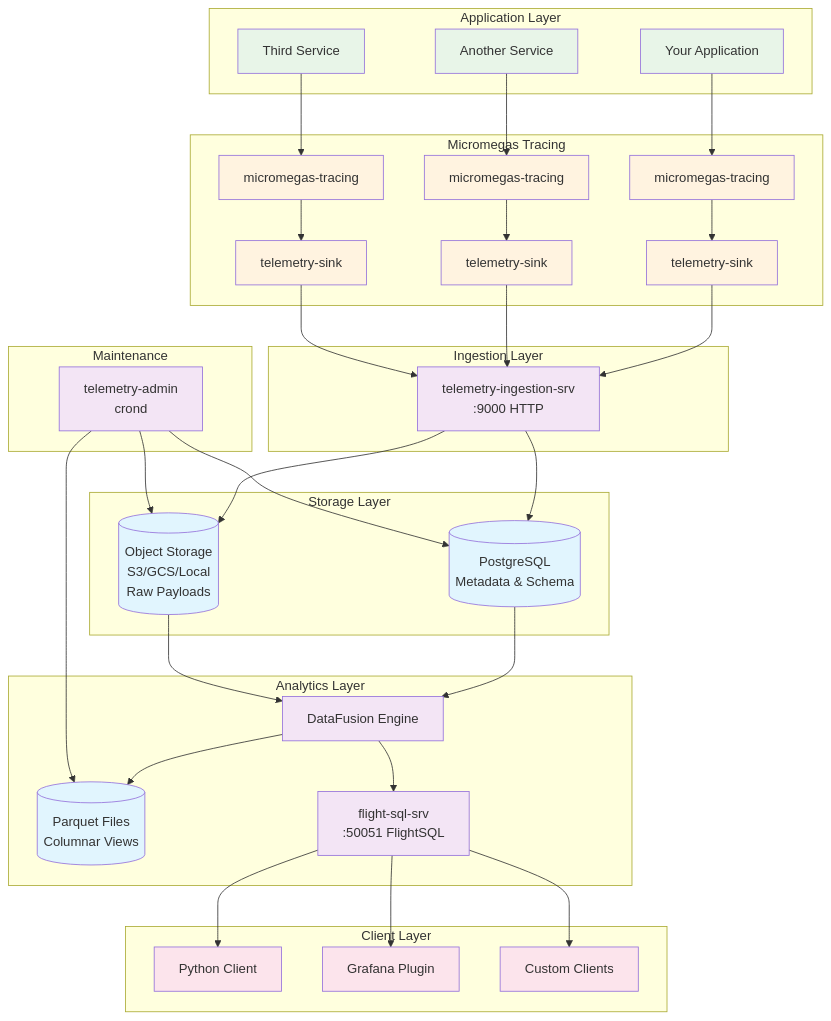
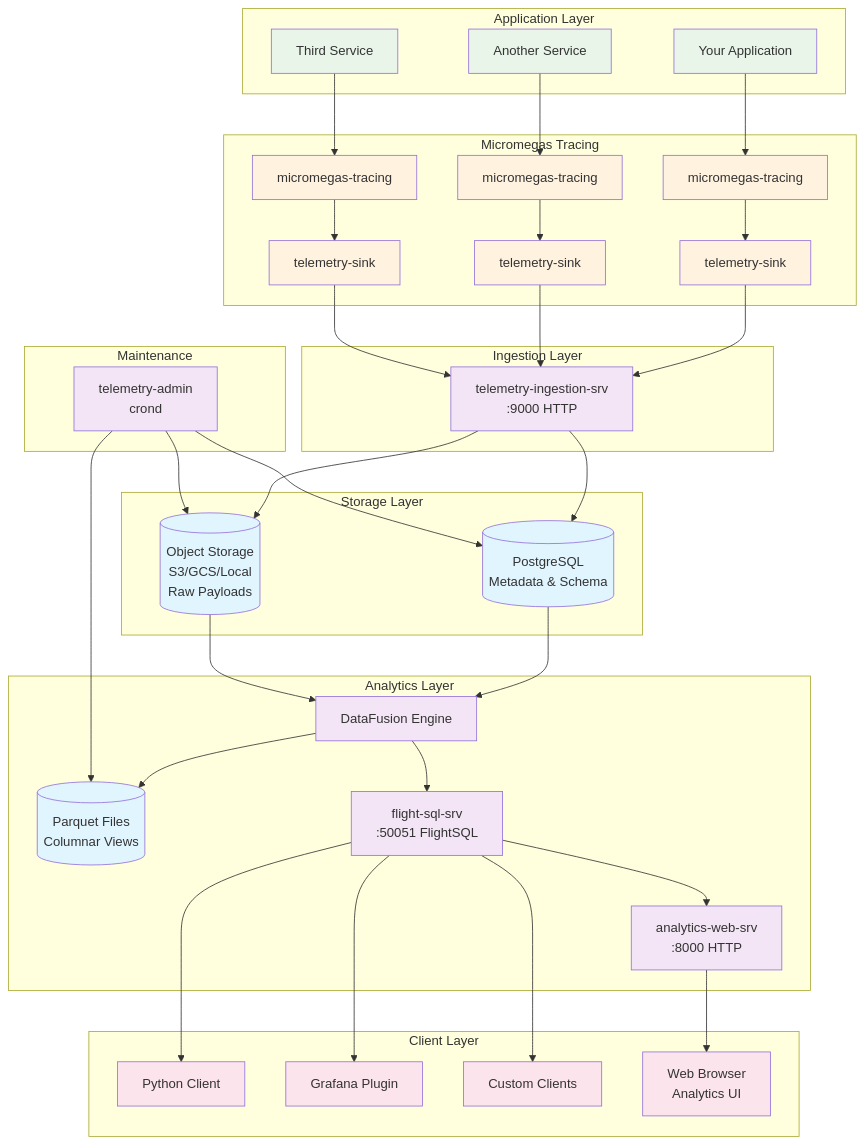
Before and after one commit to madesroches/micromegas: the first of 3 diagrams in mkdocs/docs/architecture/index.md, drawn with Mermaid. The commit also changed other lines of this file and 2 other files, not shown here.

First line of the commit message:
Move analytics web app documentation to architecture section (#484)

````diff
--- a/mkdocs/docs/architecture/index.md
+++ b/mkdocs/docs/architecture/index.md
@@ -38,12 +38,14 @@
         DataFusion[DataFusion Engine]
         Parquet[(Parquet Files<br/>Columnar Views)]
         FlightSQL[flight-sql-srv<br/>:50051 FlightSQL]
+        WebApp[analytics-web-srv<br/>:8000 HTTP]
     end
     
     subgraph "Client Layer"
         PyClient[Python Client]
         Grafana[Grafana Plugin]
         Custom[Custom Clients]
+        Browser[Web Browser<br/>Analytics UI]
     end
     
     App1 --> Lib1
@@ -72,6 +74,8 @@
     FlightSQL --> PyClient
     FlightSQL --> Grafana
     FlightSQL --> Custom
+    FlightSQL --> WebApp
+    WebApp --> Browser
     
     classDef app fill:#e8f5e8
     classDef tracing fill:#fff3e0
@@ -81,7 +85,7 @@
     
     class App1,App2,App3 app
     class Lib1,Lib2,Lib3,Sink1,Sink2,Sink3 tracing
-    class Ingestion,FlightSQL,DataFusion,Admin service
+    class Ingestion,FlightSQL,DataFusion,Admin,WebApp service
     class PG,S3,Parquet storage
-    class PyClient,Grafana,Custom client
+    class PyClient,Grafana,Custom,Browser client
 ```
````
